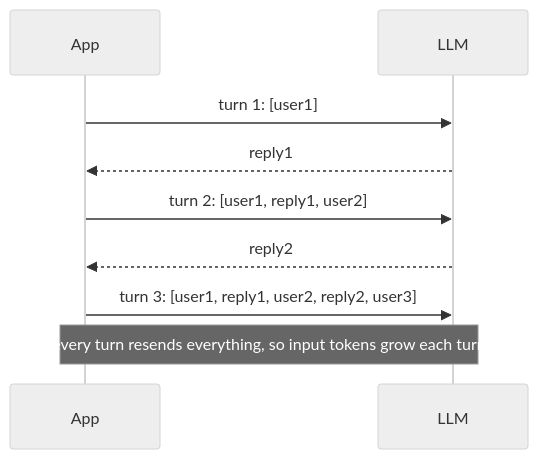
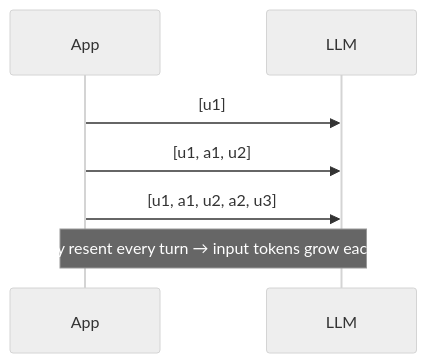
The first of 2 diagrams in books/llm/03-inside-the-model.md (kiaanwankhede/MyNotes), drawn with Mermaid (neutral theme) before and after one commit. The commit also changed other lines of this file and 1 other file, not shown here.

First line of the commit message:
LLM book: rewrite Chapters 2 and 3 in short developer-focused style

````diff
--- a/books/llm/03-inside-the-model.md
+++ b/books/llm/03-inside-the-model.md
@@ -92,11 +29,9 @@
 ```mermaid
 sequenceDiagram
     participant App
     participant LLM
-    App->>LLM: turn 1: [user1]
-    LLM-->>App: reply1
-    App->>LLM: turn 2: [user1, reply1, user2]
-    LLM-->>App: reply2
-    App->>LLM: turn 3: [user1, reply1, user2, reply2, user3]
-    Note over App,LLM: every turn resends everything, so input tokens grow each turn
+    App->>LLM: [u1]
+    App->>LLM: [u1, a1, u2]
+    App->>LLM: [u1, a1, u2, a2, u3]
+    Note over App,LLM: history resent every turn → input tokens grow each turn
 ```
````
